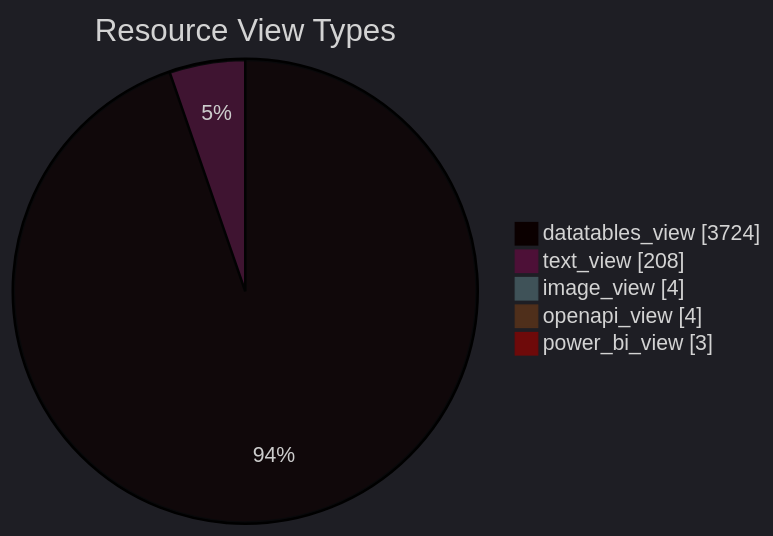
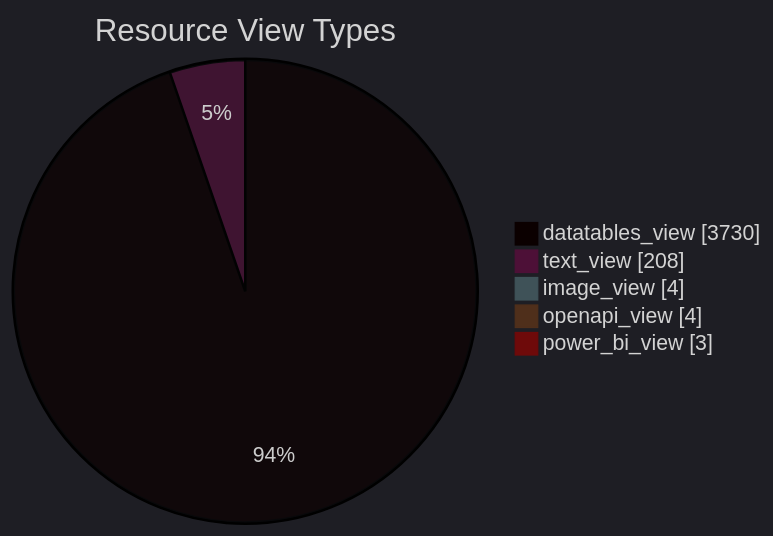
The diagram in datastore_tracker/resource_view_types_pie_chart.md (open-data/analytics-corporate-reporting), drawn with Mermaid before and after one commit. The commit also changed 9 other files, not shown here.

````diff
--- a/datastore_tracker/resource_view_types_pie_chart.md
+++ b/datastore_tracker/resource_view_types_pie_chart.md
@@ -2,12 +2,12 @@
 ```mermaid
 ---
 config:
   theme: dark
 ---
 pie showData title Resource View Types
-    "datatables_view": 3724
+    "datatables_view": 3730
     "text_view": 208
     "image_view": 4
     "openapi_view": 4
     "power_bi_view": 3
 ```
````
